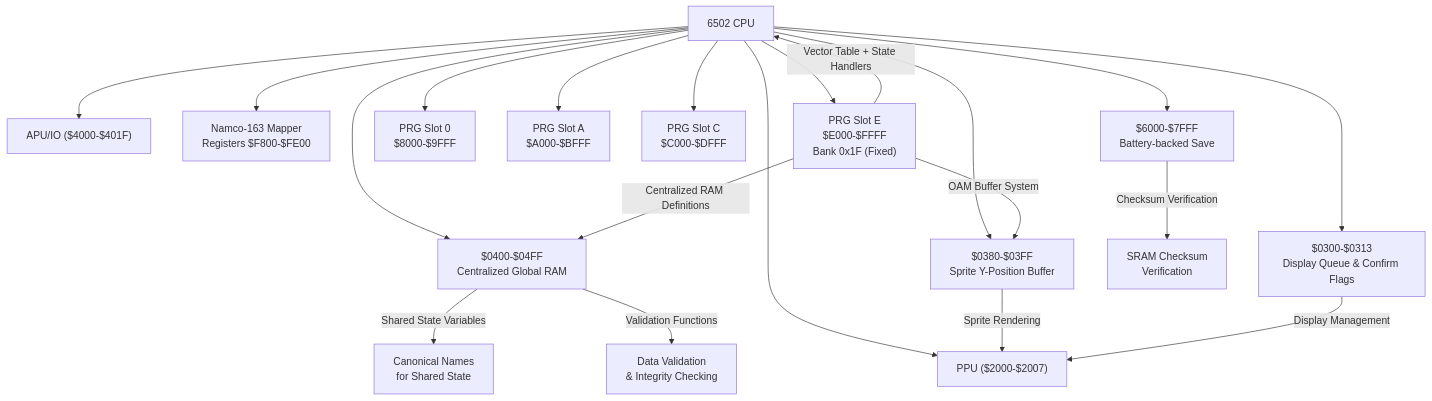
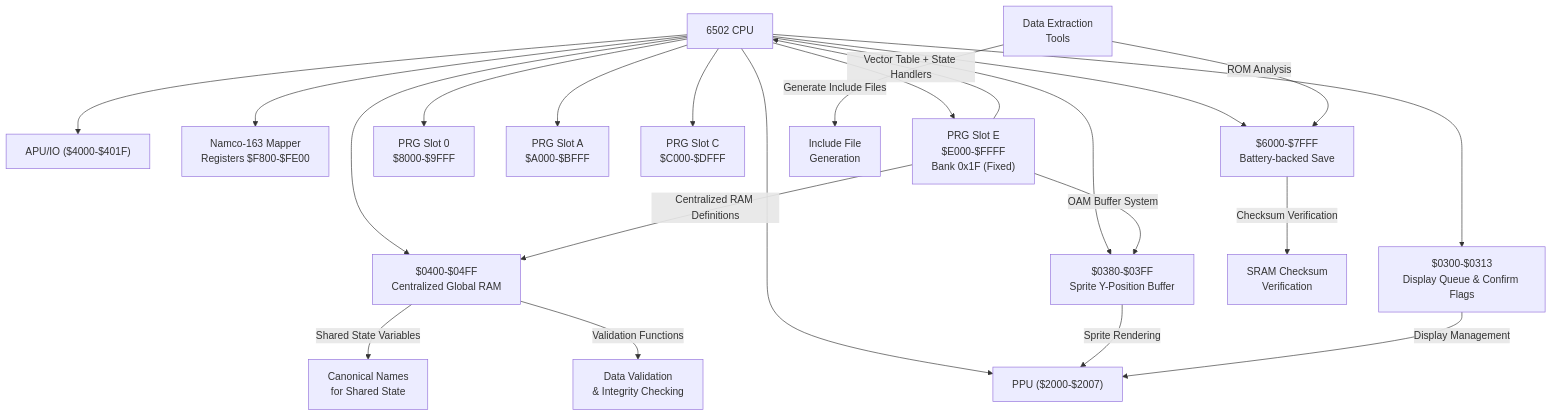
The second of 15 diagrams in .qoder/repowiki/en/content/Data Access and Memory Management/Data Access and Memory Management.md (rabbyzero/sango2dasm), drawn with Mermaid before and after one commit. The commit also changed other lines of this file and 7 other files, not shown here.

````diff
--- a/.qoder/repowiki/en/content/Data Access and Memory Management/Data Access and Memory Management.md
+++ b/.qoder/repowiki/en/content/Data Access and Memory Management/Data Access and Memory Management.md
@@ -122,37 +136,41 @@
 ```mermaid
 graph TB
 CPU["6502 CPU"]
 PPU["PPU ($2000-$2007)"]
 APU_IO["APU/IO ($4000-$401F)"]
 MAPPER["Namco-163 Mapper<br/>Registers $F800-$FE00"]
 SRAM["$6000-$7FFF<br/>Battery-backed Save"]
 PRG0["PRG Slot 0<br/>$8000-$9FFF"]
 PRGA["PRG Slot A<br/>$A000-$BFFF"]
 PRGC["PRG Slot C<br/>$C000-$DFFF"]
 PRGE["PRG Slot E<br/>$E000-$FFFF<br/>Bank 0x1F (Fixed)"]
 GLOBAL_RAM["$0400-$04FF<br/>Centralized Global RAM"]
 OAM_BUFFER["$0380-$03FF<br/>Sprite Y-Position Buffer"]
 DISPLAY_QUEUE["$0300-$0313<br/>Display Queue & Confirm Flags"]
 CANONICAL_NAMES["Canonical Names<br/>for Shared State"]
 VALIDATION["Data Validation<br/>& Integrity Checking"]
 CHECKSUM["SRAM Checksum<br/>Verification"]
+EXTRACTION["Data Extraction<br/>Tools"]
+INCLUDE_GEN["Include File<br/>Generation"]
 CPU --> PRG0
 CPU --> PRGA
 CPU --> PRGC
 CPU --> PRGE
 CPU --> SRAM
 CPU --> GLOBAL_RAM
 CPU --> OAM_BUFFER
 CPU --> DISPLAY_QUEUE
 CPU --> PPU
 CPU --> APU_IO
 CPU --> MAPPER
 PRGE --> |"Vector Table + State Handlers"| CPU
 PRGE --> |"Centralized RAM Definitions"| GLOBAL_RAM
 PRGE --> |"OAM Buffer System"| OAM_BUFFER
 GLOBAL_RAM --> |"Shared State Variables"| CANONICAL_NAMES
 GLOBAL_RAM --> |"Validation Functions"| VALIDATION
 OAM_BUFFER --> |"Sprite Rendering"| PPU
 DISPLAY_QUEUE --> |"Display Management"| PPU
 SRAM --> |"Checksum Verification"| CHECKSUM
+EXTRACTION --> |"ROM Analysis"| SRAM
+EXTRACTION --> |"Generate Include Files"| INCLUDE_GEN
 ```
````
